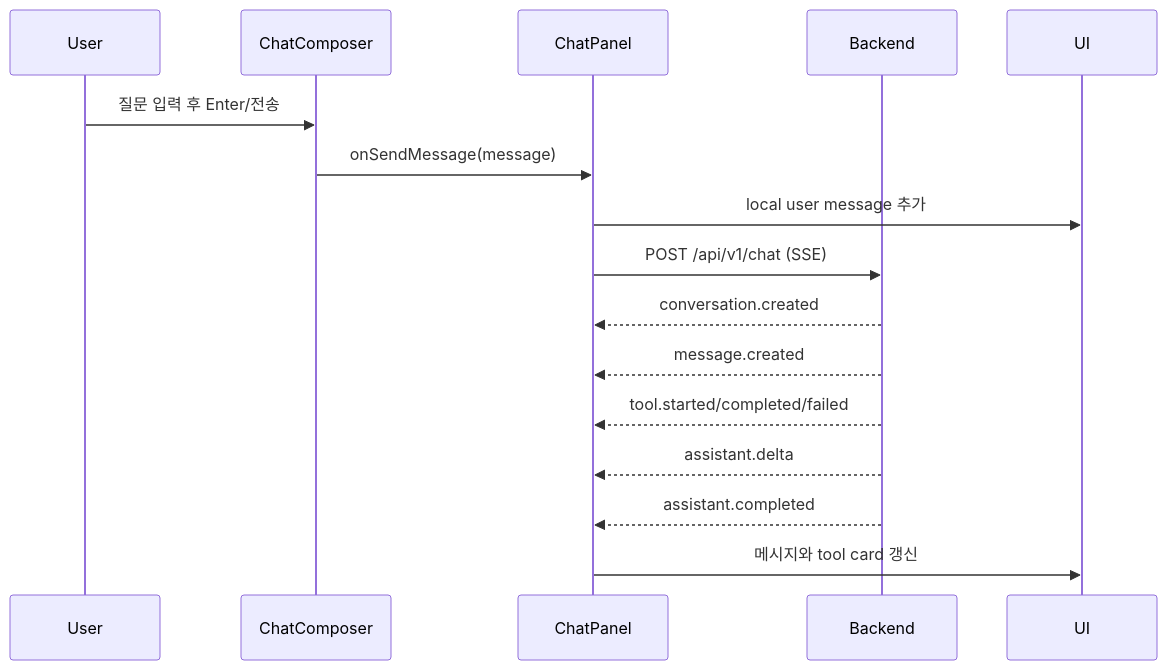
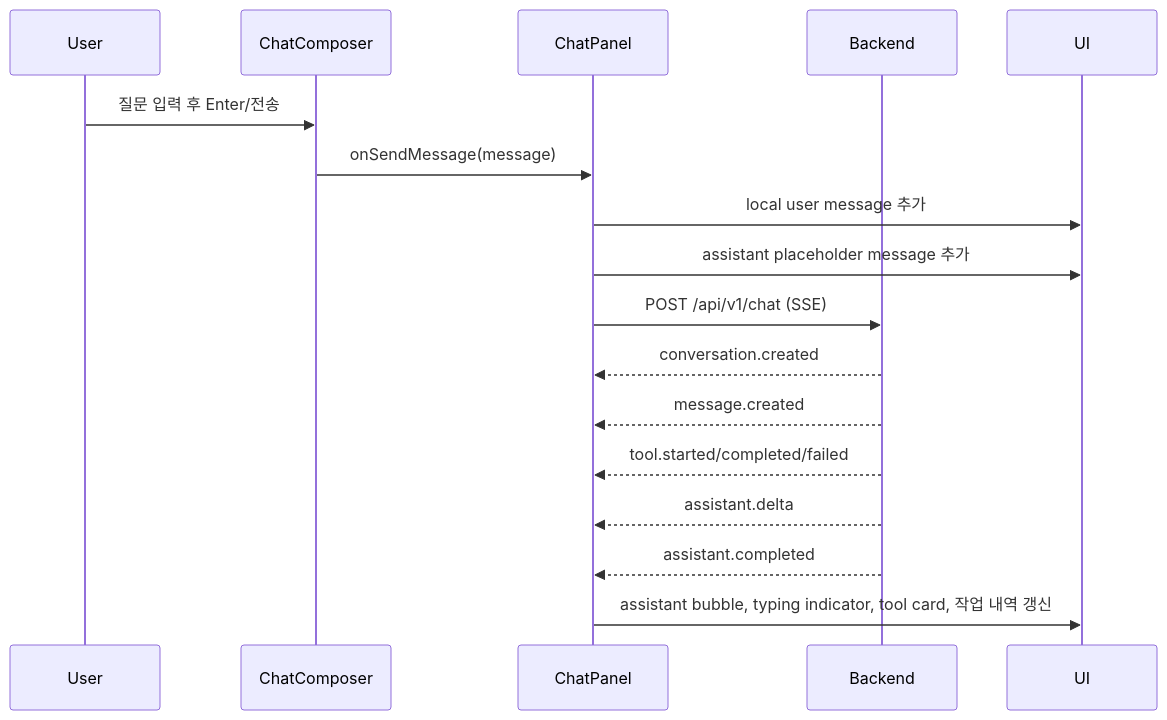
One commit to DChanHong/baseball-agent-v2 changed the diagram in docs/frontend/layout/2026-08-09-frontend-layout-spec.md. Above: the diagram before and after it, drawn with Mermaid. The commit also changed other lines of this file, not shown here.

````diff
--- a/docs/frontend/layout/2026-08-09-frontend-layout-spec.md
+++ b/docs/frontend/layout/2026-08-09-frontend-layout-spec.md
@@ -263,19 +275,20 @@
 ```mermaid
 sequenceDiagram
   participant User
   participant ChatComposer
   participant ChatPanel
   participant Backend
   participant UI
 
   User->>ChatComposer: 질문 입력 후 Enter/전송
   ChatComposer->>ChatPanel: onSendMessage(message)
   ChatPanel->>UI: local user message 추가
+  ChatPanel->>UI: assistant placeholder message 추가
   ChatPanel->>Backend: POST /api/v1/chat (SSE)
   Backend-->>ChatPanel: conversation.created
   Backend-->>ChatPanel: message.created
   Backend-->>ChatPanel: tool.started/completed/failed
   Backend-->>ChatPanel: assistant.delta
   Backend-->>ChatPanel: assistant.completed
-  ChatPanel->>UI: 메시지와 tool card 갱신
+  ChatPanel->>UI: assistant bubble, typing indicator, tool card, 작업 내역 갱신
 ```
````
